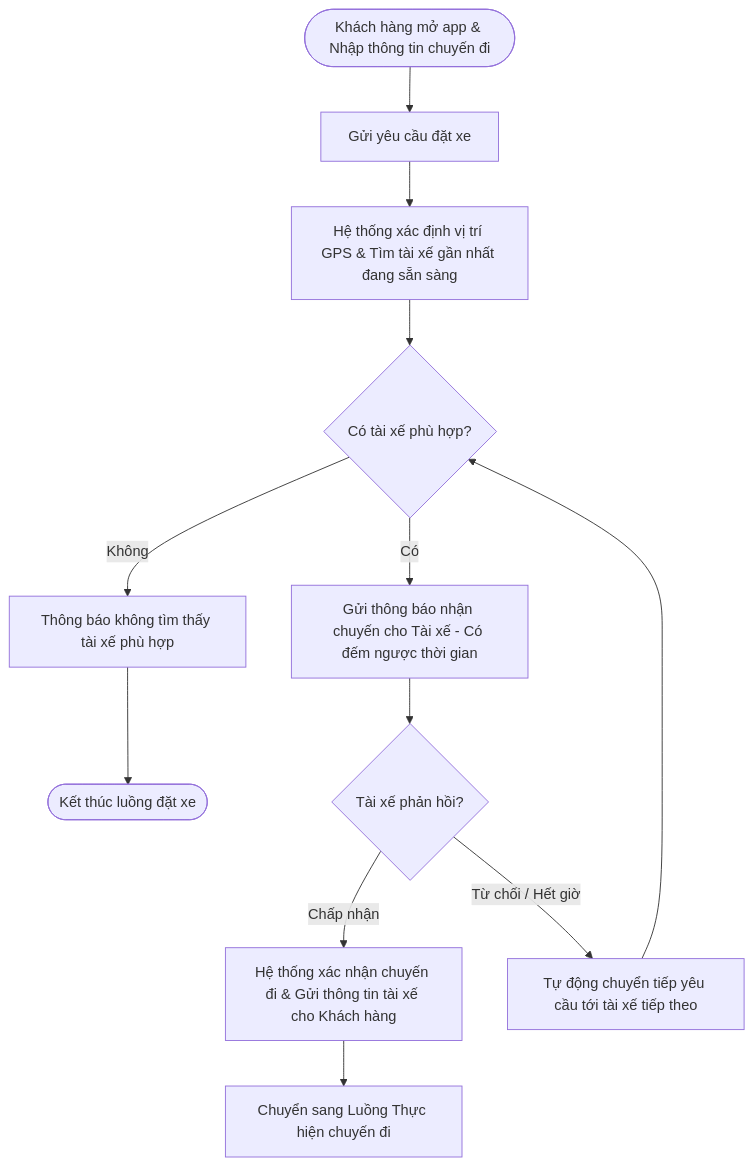
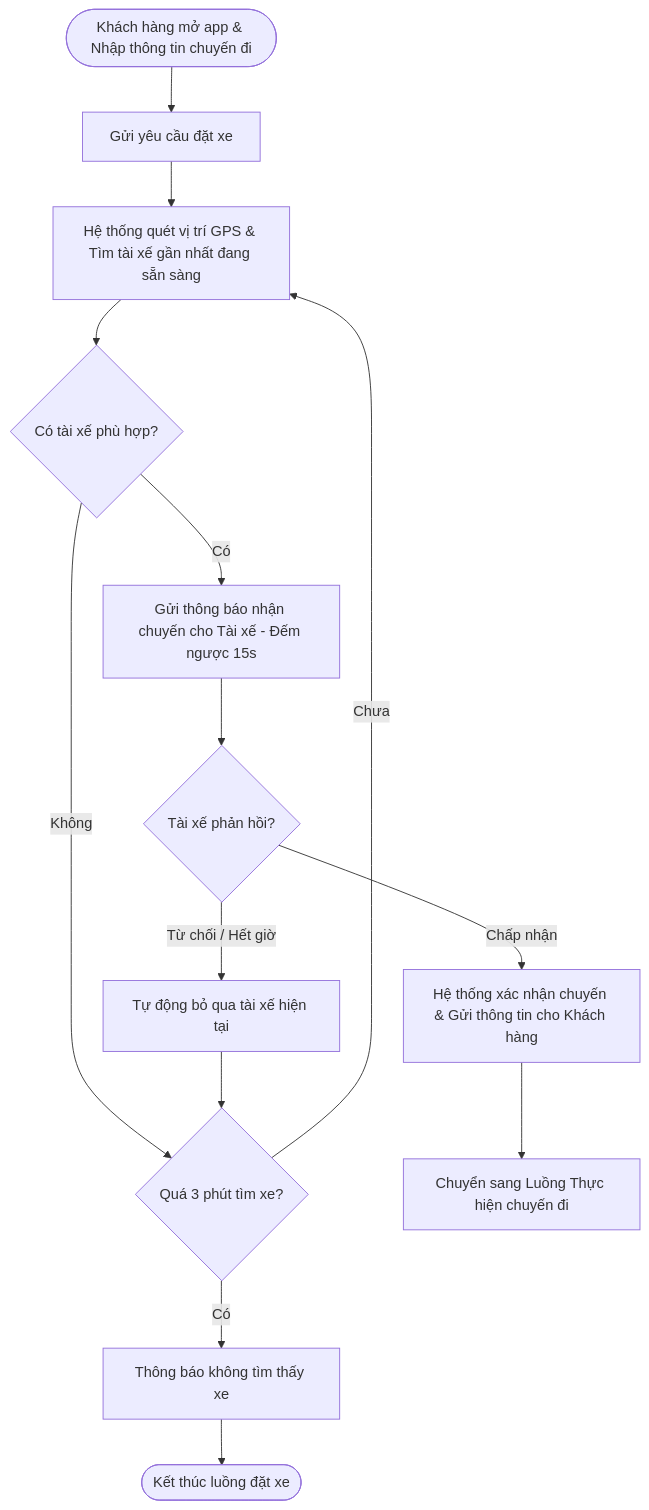
Before and after one commit to thanhthunguyen1462005-hub/23674241_NguyenThanhThu_CABSYSTEM: the second of 5 diagrams in srs.md, drawn with Mermaid. The commit also changed other lines of this file, not shown here.

````diff
--- a/srs.md
+++ b/srs.md
@@ -86,20 +86,23 @@
 ```mermaid
 flowchart TD
     Start([Khách hàng mở app & Nhập thông tin chuyến đi]) --> Request[Gửi yêu cầu đặt xe]
-    Request --> FindDriver[Hệ thống xác định vị trí GPS & Tìm tài xế gần nhất đang sẵn sàng]
+    Request --> FindDriver[Hệ thống quét vị trí GPS & Tìm tài xế gần nhất đang sẵn sàng]
     
     FindDriver --> CheckFound{Có tài xế phù hợp?}
     
-    CheckFound -- Không --> NotifyNoDriver[Thông báo không tìm thấy tài xế phù hợp]
+    CheckFound -- Không --> CheckTimeout{Quá 3 phút tìm xe?}
+    CheckTimeout -- Có --> NotifyNoDriver[Thông báo không tìm thấy xe]
+    CheckTimeout -- Chưa --> FindDriver
+    
     NotifyNoDriver --> EndNoDriver([Kết thúc luồng đặt xe])
 
-    CheckFound -- Có --> SendOffer[Gửi thông báo nhận chuyến cho Tài xế - Có đếm ngược thời gian]
+    CheckFound -- Có --> SendOffer[Gửi thông báo nhận chuyến cho Tài xế - Đếm ngược 15s]
     
     SendOffer --> DriverResponse{Tài xế phản hồi?}
     
-    DriverResponse -- Chấp nhận --> ConfirmBooking[Hệ thống xác nhận chuyến đi & Gửi thông tin tài xế cho Khách hàng]
+    DriverResponse -- Chấp nhận --> ConfirmBooking[Hệ thống xác nhận chuyến & Gửi thông tin cho Khách hàng]
     ConfirmBooking --> Transition[Chuyển sang Luồng Thực hiện chuyến đi]
 
-    DriverResponse -- Từ chối / Hết giờ --> ForwardNext[Tự động chuyển tiếp yêu cầu tới tài xế tiếp theo]
-    ForwardNext --> CheckFound
+    DriverResponse -- Từ chối / Hết giờ --> ForwardNext[Tự động bỏ qua tài xế hiện tại]
+    ForwardNext --> CheckTimeout
 ```
````
